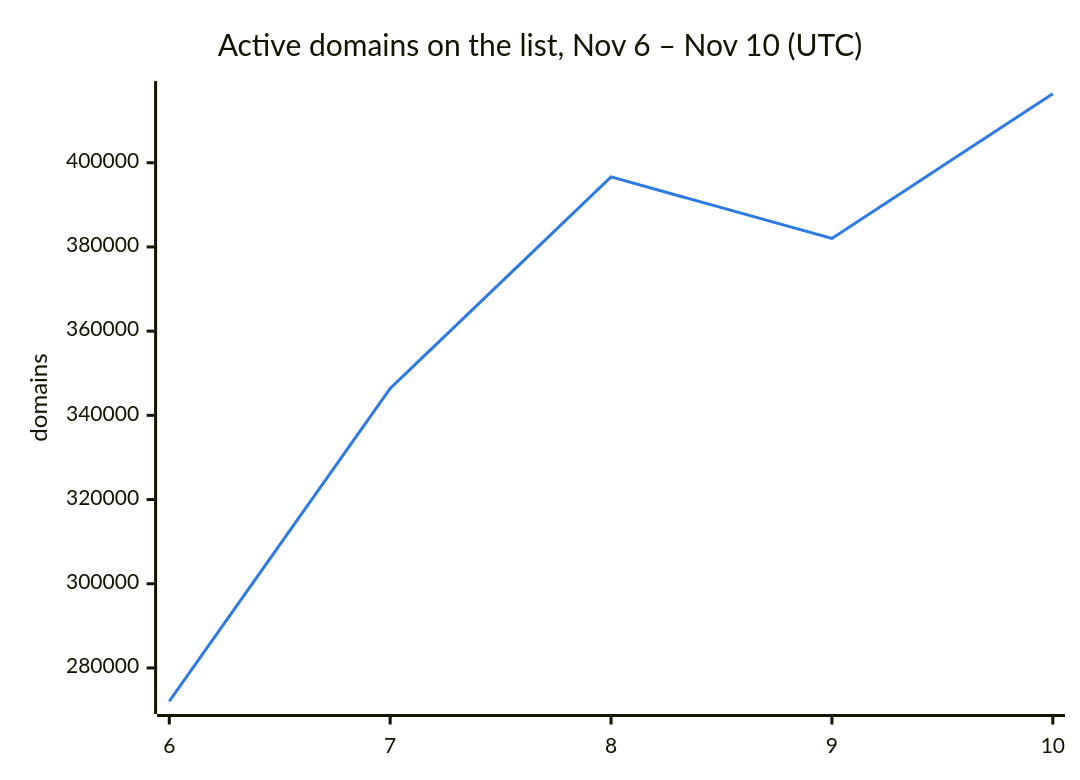
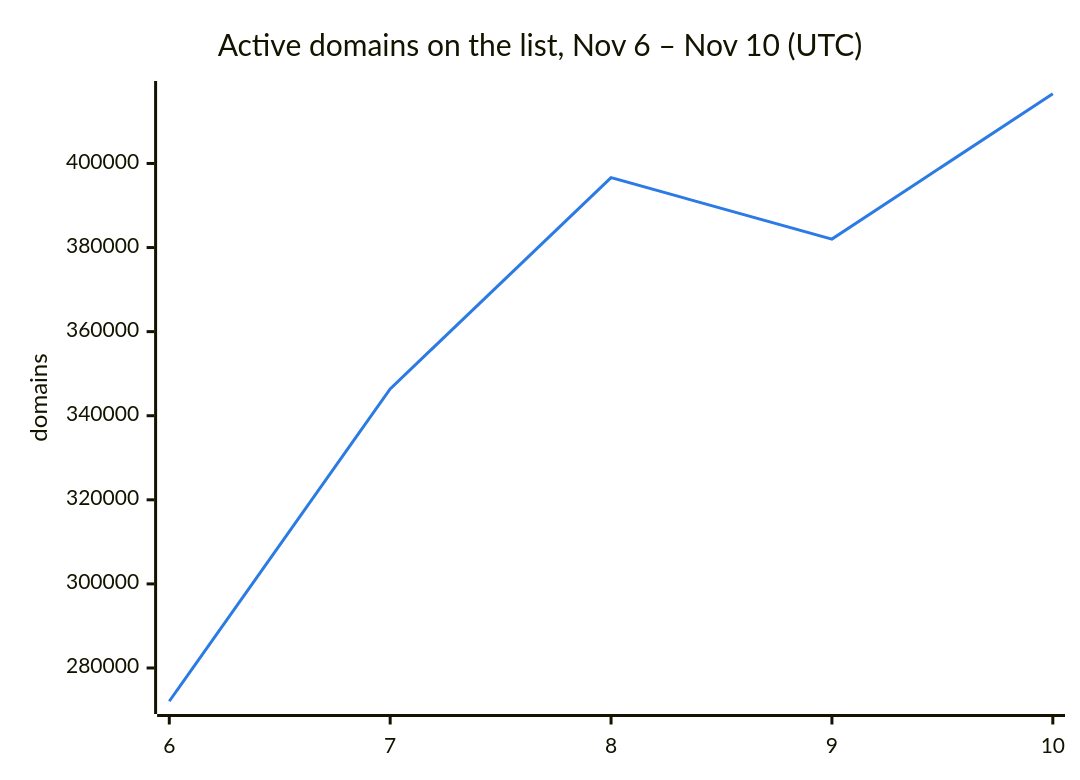
The second of 3 diagrams in README.md (DNSBunker/CTI), drawn with Mermaid before and after one commit. The commit also changed other lines of this file and 3 other files, not shown here.

````diff
--- a/README.md
+++ b/README.md
@@ -38,8 +38,8 @@
 ```mermaid
 %%{init: {"themeVariables": {"xyChart": {"plotColorPalette": "#2c7be5"}}}}%%
 xychart-beta
     title "Active domains on the list, Nov 6 – Nov 10 (UTC)"
     x-axis ["6", "7", "8", "9", "10"]
     y-axis "domains"
-    line [272088, 346388, 396638, 382009, 416390]
+    line [272088, 346388, 396638, 382009, 416581]
 ```
````
